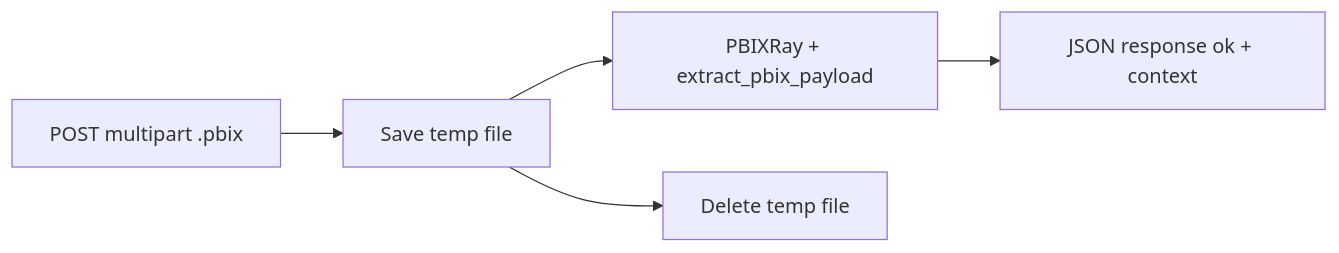
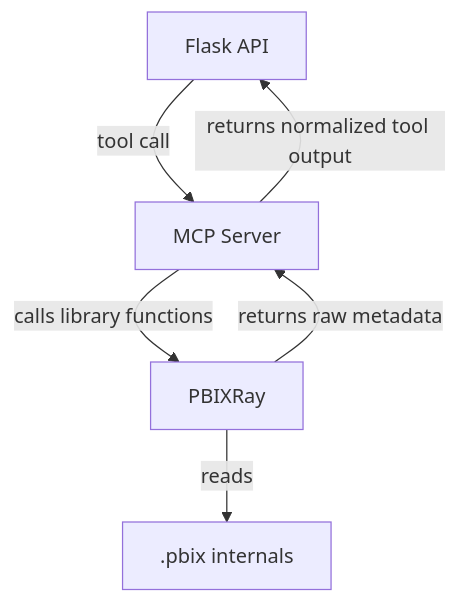
One commit to ferchichitasnim/PFE_V2 changed the second of 8 diagrams in docs/PROJECT_DOCUMENTATION.md. Above: the diagram before and after it, drawn with Mermaid. The commit also changed other lines of this file and 45 other files, not shown here.

````diff
--- a/docs/PROJECT_DOCUMENTATION.md
+++ b/docs/PROJECT_DOCUMENTATION.md
@@ -177,7 +230,8 @@
 ```mermaid
-flowchart LR
-  A[POST multipart .pbix] --> B[Save temp file]
-  B --> C[PBIXRay + extract_pbix_payload]
-  C --> D[JSON response ok + context]
-  B --> E[Delete temp file]
+flowchart TD
+    A[Flask API] -->|tool call| B[MCP Server]
+    B -->|calls library functions| C[PBIXRay]
+    C -->|reads| D[.pbix internals]
+    C -->|returns raw metadata| B
+    B -->|returns normalized tool output| A
 ```
````
